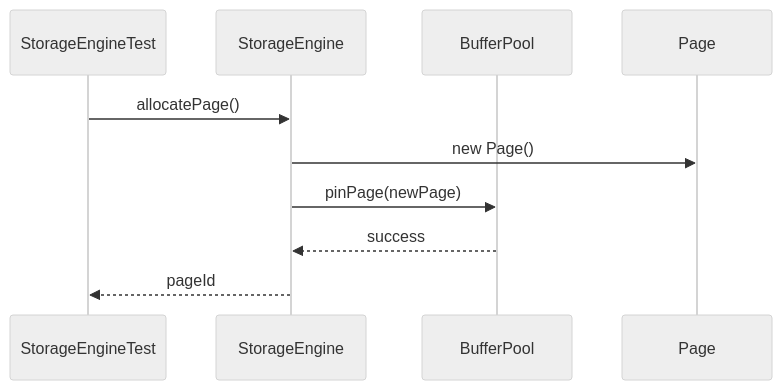
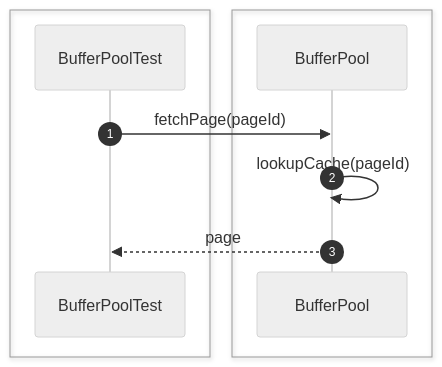
The third of 52 diagrams in src/sequence/storage-engine.md (Huy1801214/dbms-architecture), drawn with Mermaid (neutral theme) before and after one commit. The commit also changed other lines of this file and 10 other files, not shown here.

Commit message:
add comprehensive sequence diagrams and documentation for system architecture and unit testing specifications

````diff
--- a/src/sequence/storage-engine.md
+++ b/src/sequence/storage-engine.md
@@ -49,17 +40,15 @@
 ```mermaid
 sequenceDiagram
-    participant Test as StorageEngineTest
-    participant Engine as StorageEngine
+    autonumber
+
+    box #e1f5fe Test Suite
+    participant Test as BufferPoolTest
+    end
+    box #e0f2f1 Storage Components
     participant Buffer as BufferPool
-    participant Page
+    end
 
-    Test->>Engine: allocatePage()
-
-    Engine->>Page: new Page()
-
-    Engine->>Buffer: pinPage(newPage)
-
-    Buffer-->>Engine: success
-
-    Engine-->>Test: pageId 
+    Test->>Buffer: fetchPage(pageId)
+    Buffer->>Buffer: lookupCache(pageId)
+    Buffer-->>Test: page
 ```
````
